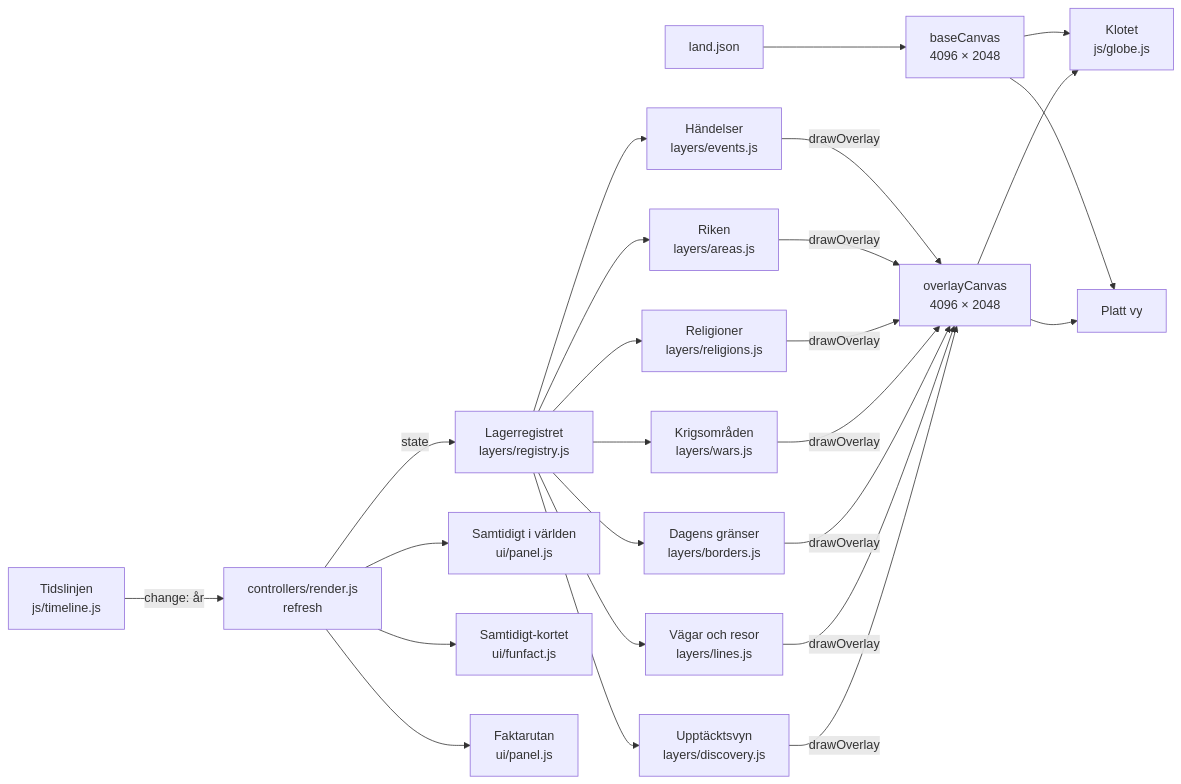
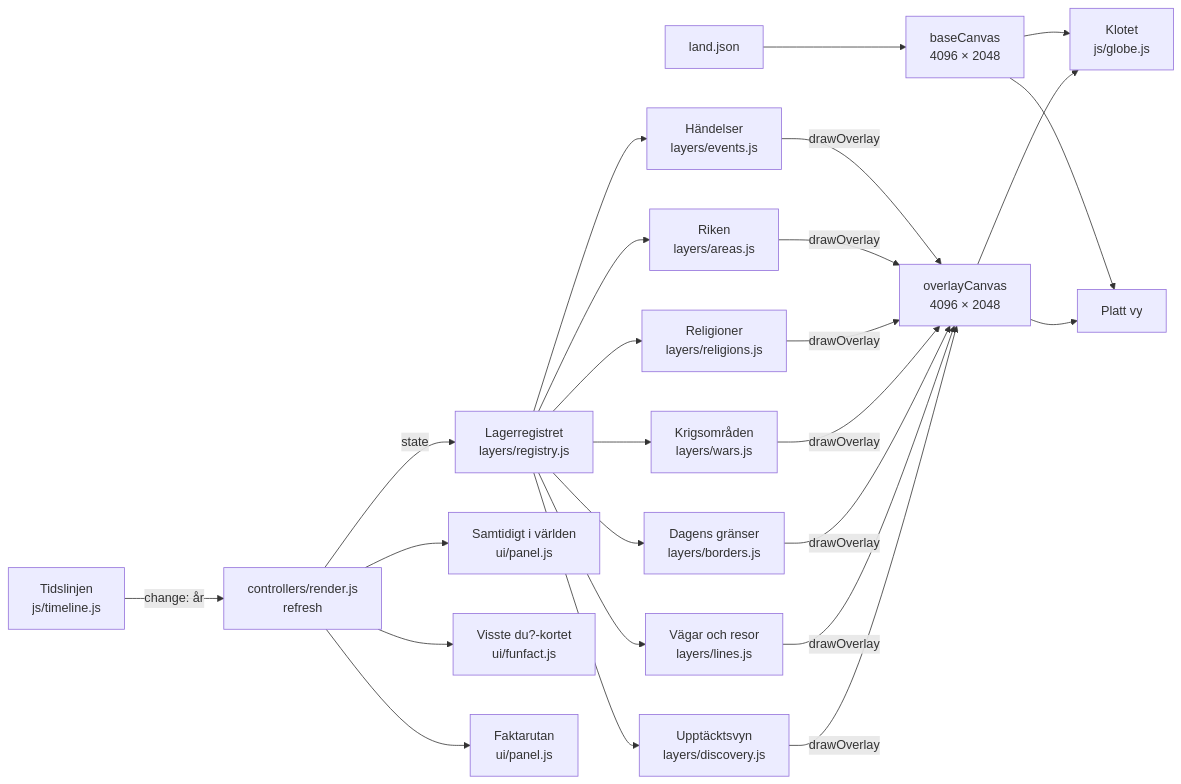
The diagram in docs/arkitektur.md (DasKrokodil/historia-globen), drawn with Mermaid before and after one commit. The commit also changed other lines of this file and 21 other files, not shown here.

First line of the commit message:
Kortet heter Visste du? och startar litet (#1867)

````diff
--- a/docs/arkitektur.md
+++ b/docs/arkitektur.md
@@ -52,19 +52,19 @@
 ```mermaid
 flowchart LR
   T[Tidslinjen<br/>js/timeline.js] -- change: år --> M[controllers/render.js<br/>refresh]
   M -- state --> R[Lagerregistret<br/>layers/registry.js]
   R --> L1[Händelser<br/>layers/events.js]
   R --> L2[Riken<br/>layers/areas.js]
   R --> L3[Religioner<br/>layers/religions.js]
   R --> L4[Krigsområden<br/>layers/wars.js]
   R --> L5[Dagens gränser<br/>layers/borders.js]
   R --> L6[Vägar och resor<br/>layers/lines.js]
   R --> L7[Upptäcktsvyn<br/>layers/discovery.js]
   L1 & L2 & L3 & L4 & L5 & L6 & L7 -- drawOverlay --> O[overlayCanvas<br/>4096 × 2048]
   B[land.json] --> BC[baseCanvas<br/>4096 × 2048]
   BC & O --> G[Klotet<br/>js/globe.js]
   BC & O --> F[Platt vy]
   M --> P[Samtidigt i världen<br/>ui/panel.js]
-  M --> S[Samtidigt-kortet<br/>ui/funfact.js]
+  M --> S[Visste du?-kortet<br/>ui/funfact.js]
   M --> D[Faktarutan<br/>ui/panel.js]
 ```
````
